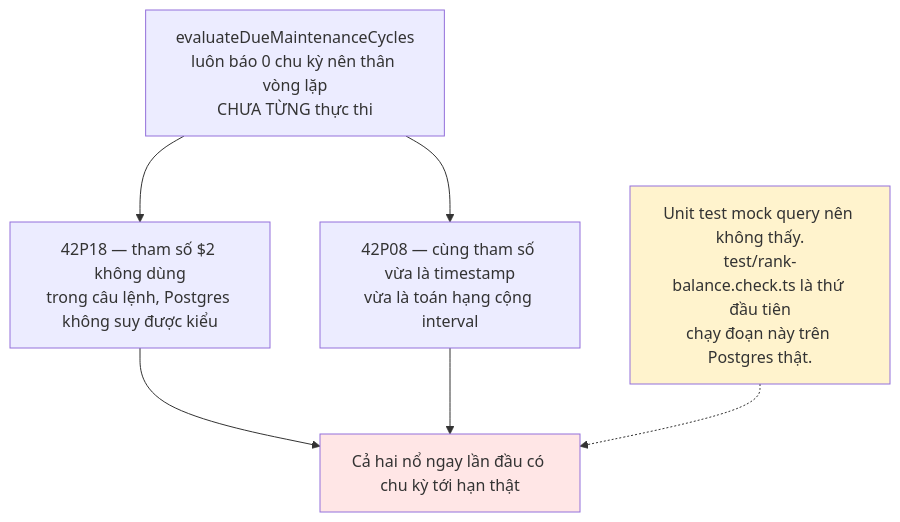
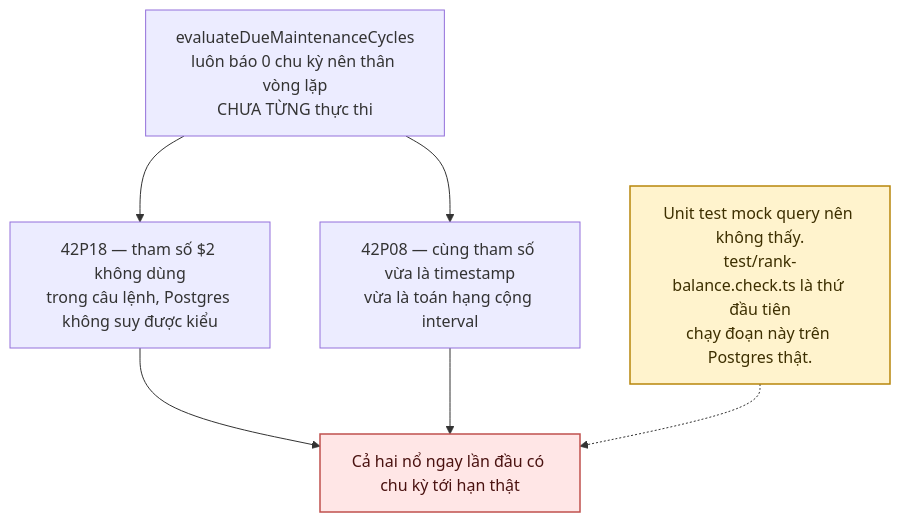
Before and after one commit to fdshn/trueheart: the seventh of 7 diagrams in docs/diagram/12-rank.md, drawn with Mermaid. The commit also changed other lines of this file and 30 other files, not shown here.

First line of the commit message:
docs(diagram): chữ trong khối tô màu đọc được ở cả giao diện sáng và tối

````diff
--- a/docs/diagram/12-rank.md
+++ b/docs/diagram/12-rank.md
@@ -144,10 +144,10 @@
 ```mermaid
 flowchart TD
     A["evaluateDueMaintenanceCycles<br/>luôn báo 0 chu kỳ nên thân vòng lặp<br/>CHƯA TỪNG thực thi"] --> B["42P18 — tham số $2 không dùng<br/>trong câu lệnh, Postgres không suy được kiểu"]
     A --> C["42P08 — cùng tham số vừa là timestamp<br/>vừa là toán hạng cộng interval"]
     B & C --> D["Cả hai nổ ngay lần đầu có chu kỳ tới hạn thật"]
     E["Unit test mock query nên không thấy.<br/>test/rank-balance.check.ts là thứ đầu tiên<br/>chạy đoạn này trên Postgres thật."] -.-> D
 
-    style D fill:#ffe6e6
-    style E fill:#fff3cd
+    style D fill:#ffe6e6,stroke:#c0504d,stroke-width:1.5px,color:#4a1210
+    style E fill:#fff3cd,stroke:#b8860b,stroke-width:1.5px,color:#3d2f00
 ```
````
